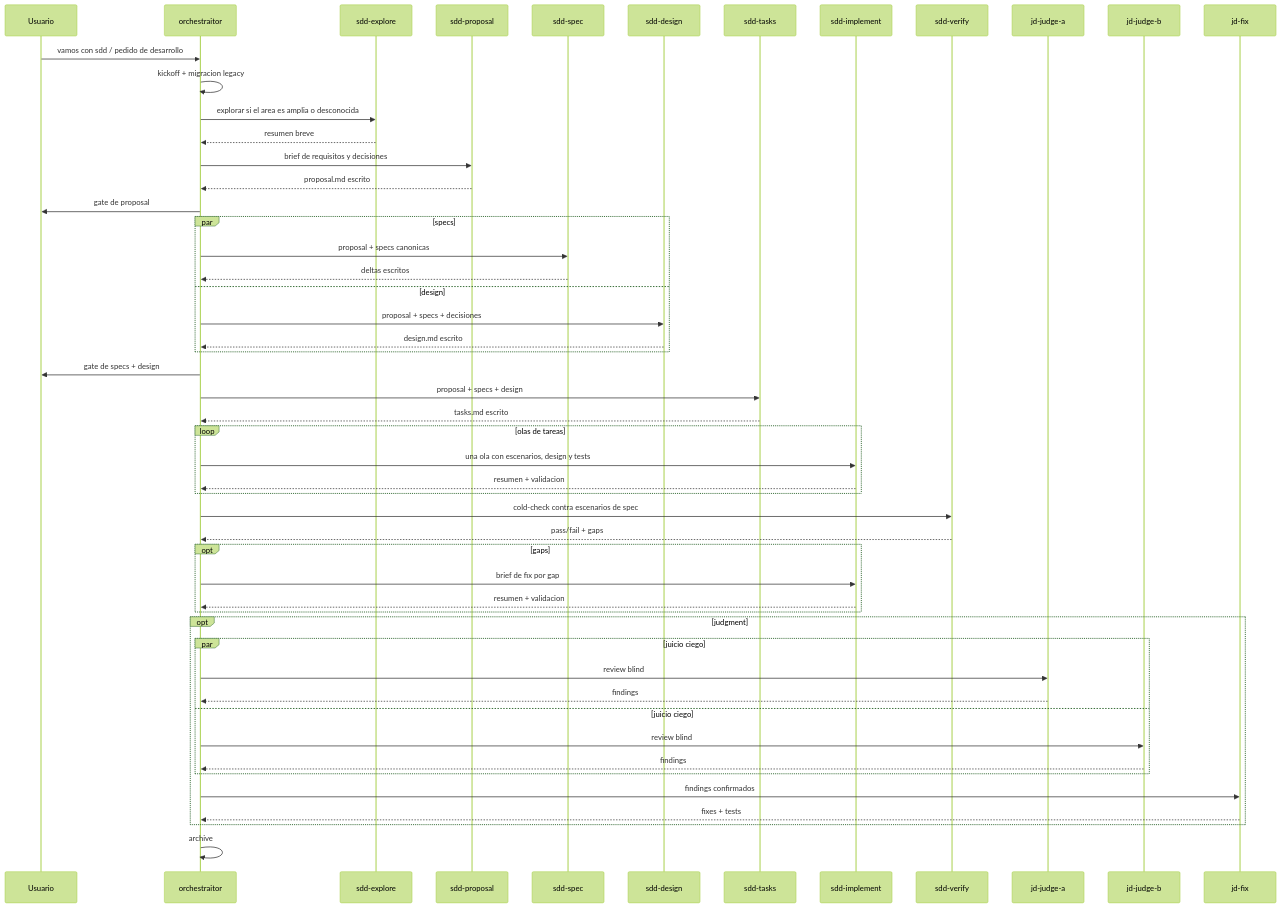
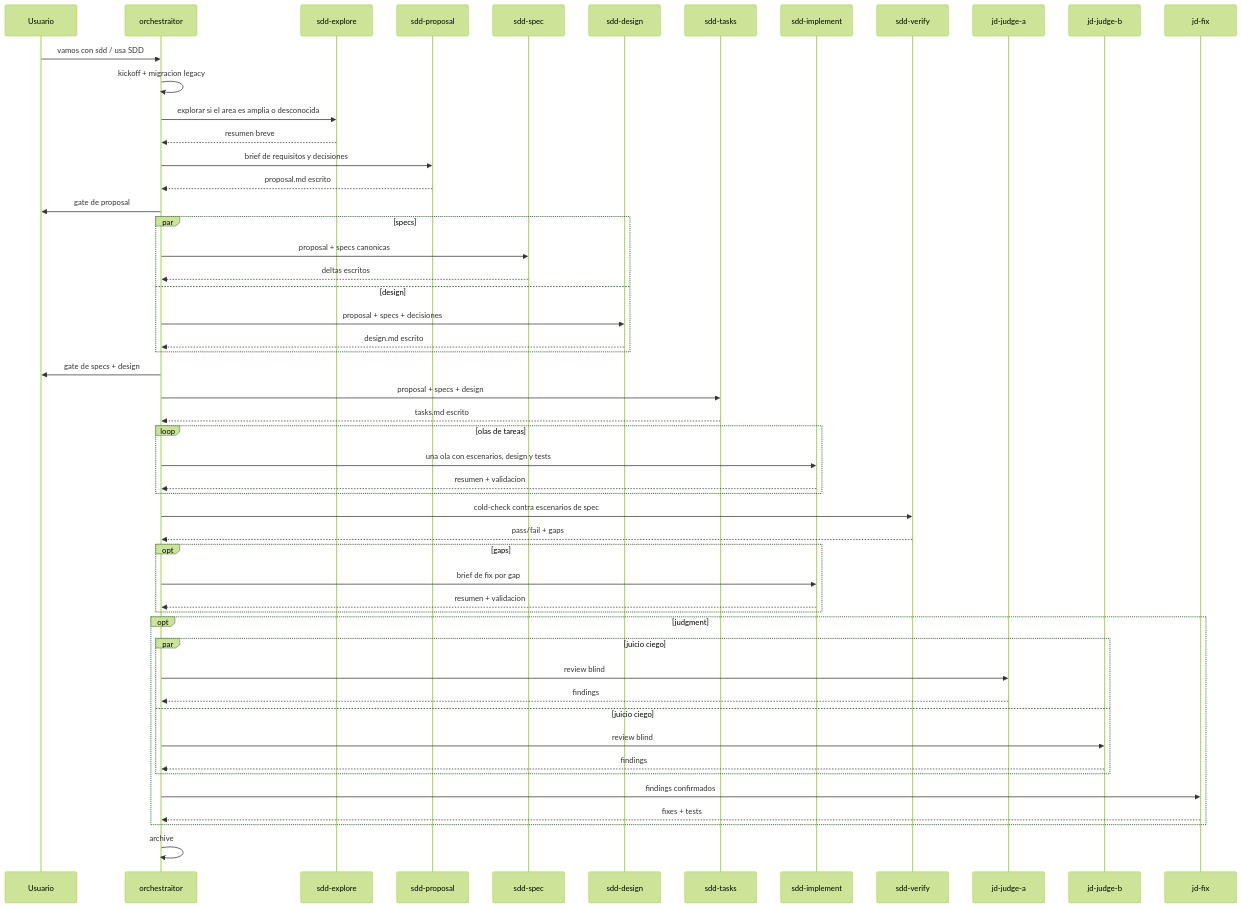
Before and after one commit to andresnator/agents-orchestrator: the diagram in docs/sdd-domain-sequence.md, drawn with Mermaid (forest theme). The commit also changed other lines of this file and 7 other files, not shown here.

````diff
--- a/docs/sdd-domain-sequence.md
+++ b/docs/sdd-domain-sequence.md
@@ -19,55 +19,55 @@
 ```mermaid
 sequenceDiagram
   participant U as Usuario
   participant O as orchestraitor
   participant E as sdd-explore
   participant P as sdd-proposal
   participant S as sdd-spec
   participant D as sdd-design
   participant T as sdd-tasks
   participant I as sdd-implement
   participant V as sdd-verify
   participant JA as jd-judge-a
   participant JB as jd-judge-b
   participant JF as jd-fix
 
-  U->>O: vamos con sdd / pedido de desarrollo
+  U->>O: vamos con sdd / usa SDD
   O->>O: kickoff + migracion legacy
   O->>E: explorar si el area es amplia o desconocida
   E-->>O: resumen breve
   O->>P: brief de requisitos y decisiones
   P-->>O: proposal.md escrito
   O->>U: gate de proposal
   par specs
     O->>S: proposal + specs canonicas
     S-->>O: deltas escritos
   and design
     O->>D: proposal + specs + decisiones
     D-->>O: design.md escrito
   end
   O->>U: gate de specs + design
   O->>T: proposal + specs + design
   T-->>O: tasks.md escrito
   loop olas de tareas
     O->>I: una ola con escenarios, design y tests
     I-->>O: resumen + validacion
   end
   O->>V: cold-check contra escenarios de spec
   V-->>O: pass/fail + gaps
   opt gaps
     O->>I: brief de fix por gap
     I-->>O: resumen + validacion
   end
   opt judgment
     par juicio ciego
       O->>JA: review blind
       JA-->>O: findings
     and juicio ciego
       O->>JB: review blind
       JB-->>O: findings
     end
     O->>JF: findings confirmados
     JF-->>O: fixes + tests
   end
   O->>O: archive
 ```
````
